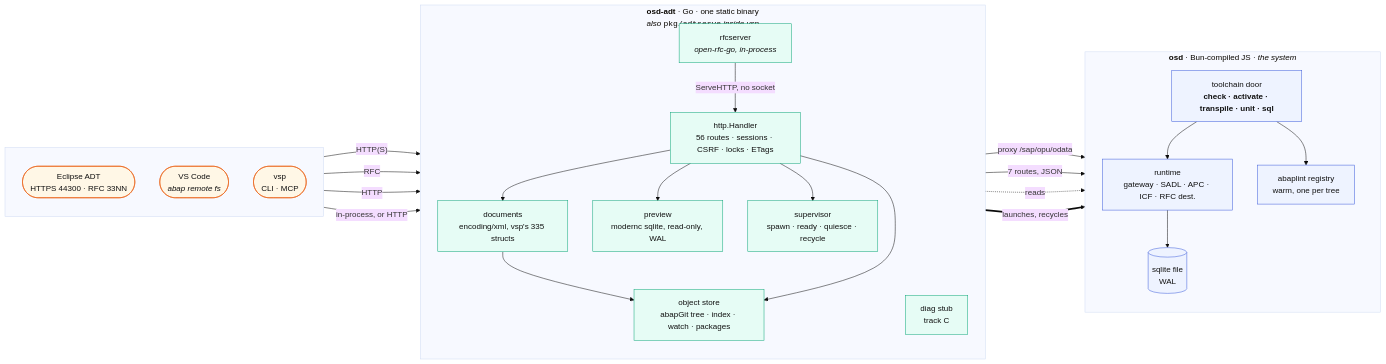
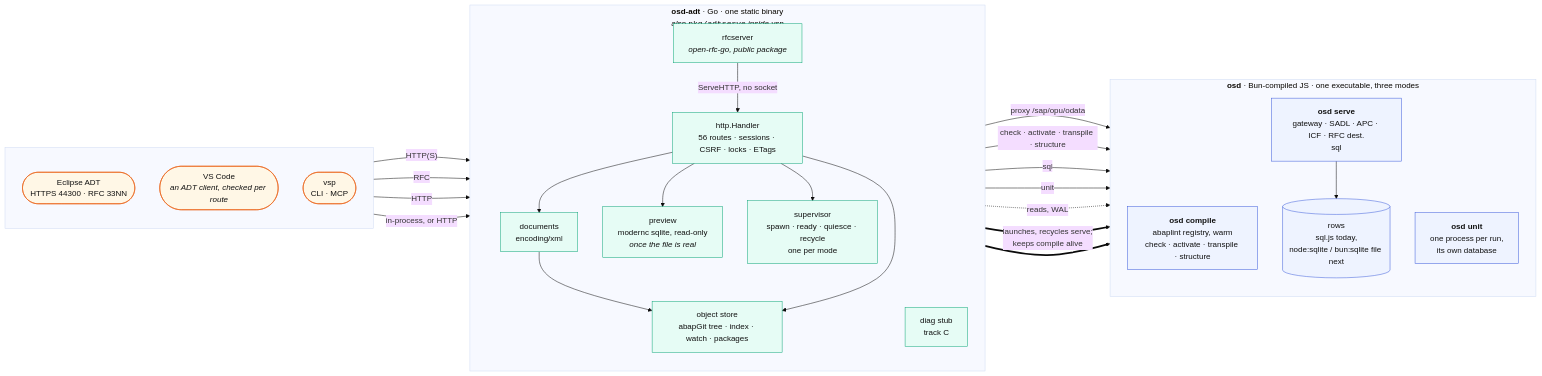
One commit to oisee/open-steamgate changed the third of 6 diagrams in docs/adt-facade-shift-left.md. Above: the diagram before and after it, drawn with Mermaid (base theme). The commit also changed other lines of this file and 1 other file, not shown here.

First line of the commit message:
Shift left, revised after review: rows, activation order, three modes

````diff
--- a/docs/adt-facade-shift-left.md
+++ b/docs/adt-facade-shift-left.md
@@ -196,48 +214,49 @@
 ```mermaid
 flowchart LR
   subgraph CL[" "]
     direction TB
     ECL(["Eclipse ADT<br/>HTTPS 44300 · RFC 33NN"])
-    VSC(["VS Code<br/><i>abap remote fs</i>"])
+    VSC(["VS Code<br/><i>an ADT client, checked per route</i>"])
     VSP(["vsp<br/>CLI · MCP"])
   end
   subgraph GO["<b>osd-adt</b> · Go · one static binary<br/><i>also</i> <code>pkg/adtserve</code> <i>inside vsp</i>"]
     direction TB
     H["http.Handler<br/>56 routes · sessions · CSRF · locks · ETags"]
-    DOC["documents<br/>encoding/xml, vsp's 335 structs"]
+    DOC["documents<br/>encoding/xml"]
     ST["object store<br/>abapGit tree · index · watch · packages"]
-    PV["preview<br/>modernc sqlite, read-only, WAL"]
-    SUP["supervisor<br/>spawn · ready · quiesce · recycle"]
-    RFC["rfcserver<br/><i>open-rfc-go, in-process</i>"]
+    PV["preview<br/>modernc sqlite, read-only<br/><i>once the file is real</i>"]
+    SUP["supervisor<br/>spawn · ready · quiesce · recycle<br/>one per mode"]
+    RFC["rfcserver<br/><i>open-rfc-go, public package</i>"]
     DIAG["diag stub<br/>track C"]
     H --> DOC --> ST
     H --> ST
     H --> PV
     H --> SUP
     RFC -- "ServeHTTP, no socket" --> H
   end
-  subgraph JS["<b>osd</b> · Bun-compiled JS · <i>the system</i>"]
+  subgraph JS["<b>osd</b> · Bun-compiled JS · one executable, three modes"]
     direction TB
-    RT["runtime<br/>gateway · SADL · APC · ICF · RFC dest."]
-    TC["toolchain door<br/><b>check · activate · transpile · unit · sql</b>"]
-    REG["abaplint registry<br/>warm, one per tree"]
-    DB[("sqlite file<br/>WAL")]
-    TC --> REG
-    TC --> RT
+    CMP["<b>osd compile</b><br/>abaplint registry, warm<br/>check · activate · transpile · structure"]
+    RT["<b>osd serve</b><br/>gateway · SADL · APC · ICF · RFC dest.<br/>sql"]
+    UN["<b>osd unit</b><br/>one process per run,<br/>its own database"]
+    DB[("rows<br/>sql.js today,<br/>node:sqlite / bun:sqlite file next")]
     RT --> DB
   end
   ECL -- "HTTP(S)" --> H
   ECL -- "RFC" --> RFC
   VSC -- "HTTP" --> H
   VSP -- "in-process, or HTTP" --> H
   H -- "proxy /sap/opu/odata" --> RT
-  H -- "7 routes, JSON" --> TC
-  PV -. "reads" .-> DB
-  SUP == "launches, recycles" ==> RT
+  H -- "check · activate · transpile · structure" --> CMP
+  H -- "sql" --> RT
+  H -- "unit" --> UN
+  PV -. "reads, WAL" .-> DB
+  SUP == "launches, recycles serve;<br/>keeps compile alive" ==> RT
+  SUP == " " ==> CMP
   classDef go fill:#e6fcf5,stroke:#0ca678,color:#111
   classDef js fill:#eef3ff,stroke:#3b5bdb,color:#111
   classDef cli fill:#fff7e6,stroke:#e8590c,color:#111
   class H,DOC,ST,PV,SUP,RFC,DIAG go
-  class RT,TC,REG,DB js
+  class CMP,RT,UN,DB js
   class ECL,VSC,VSP cli
 ```
````
